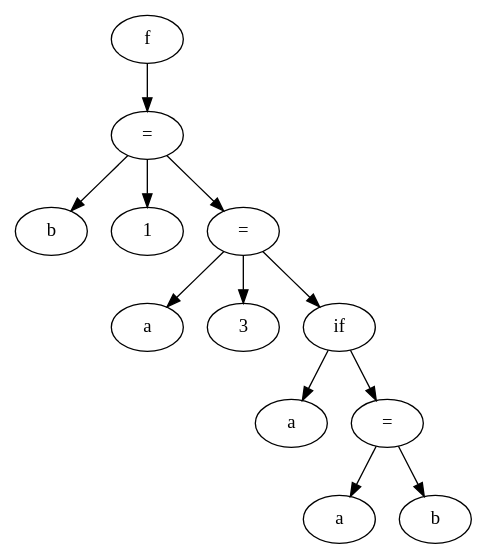
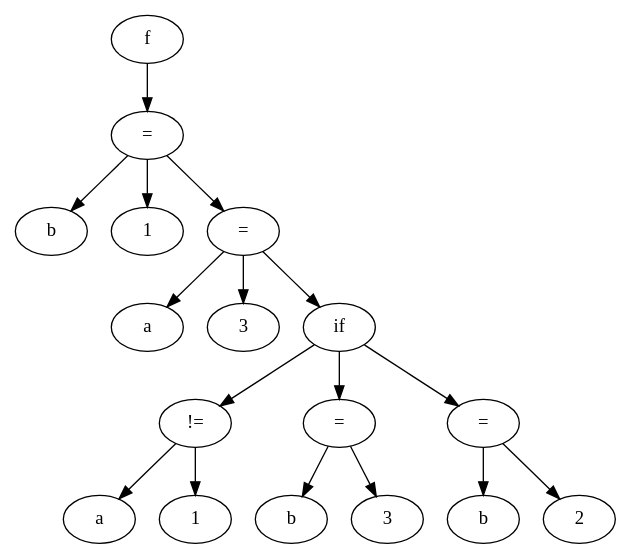
The diagram in etapa5/saida.dot (FelipeSchnitzler/trabalho_compiladores_INF01147), drawn with Graphviz before and after one commit. The commit also changed 37 other files, not shown here.

```diff
--- a/etapa5/saida.dot
+++ b/etapa5/saida.dot
@@ -1,25 +1,35 @@
 digraph grafo {
-  105553132012240 [ label="f" ];
-  105553132012240 -> 105553132012480;
-  105553132012480 [ label="=" ];
-  105553132012480 -> 105553132012528;
-  105553132012528 [ label="b" ];
-  105553132012480 -> 105553132012432;
-  105553132012432 [ label="1" ];
-  105553132012480 -> 105553132012624;
-  105553132012624 [ label="=" ];
-  105553132012624 -> 105553132012672;
-  105553132012672 [ label="a" ];
-  105553132012624 -> 105553132012576;
-  105553132012576 [ label="3" ];
-  105553132012624 -> 105553132012912;
-  105553132012912 [ label="if" ];
-  105553132012912 -> 105553132012720;
-  105553132012720 [ label="a" ];
-  105553132012912 -> 105553132012816;
-  105553132012816 [ label="=" ];
-  105553132012816 -> 105553132012864;
-  105553132012864 [ label="a" ];
-  105553132012816 -> 105553132012768;
-  105553132012768 [ label="b" ];
+  66454544 [ label="f" ];
+  66454544 -> 66456544;
+  66456544 [ label="=" ];
+  66456544 -> 66456624;
+  66456624 [ label="b" ];
+  66456544 -> 66455184;
+  66455184 [ label="1" ];
+  66456544 -> 66457184;
+  66457184 [ label="=" ];
+  66457184 -> 66457264;
+  66457264 [ label="a" ];
+  66457184 -> 66456864;
+  66456864 [ label="3" ];
+  66457184 -> 66459232;
+  66459232 [ label="if" ];
+  66459232 -> 66458080;
+  66458080 [ label="!=" ];
+  66458080 -> 66457408;
+  66457408 [ label="a" ];
+  66458080 -> 66457760;
+  66457760 [ label="1" ];
+  66459232 -> 66459040;
+  66459040 [ label="=" ];
+  66459040 -> 66459120;
+  66459120 [ label="b" ];
+  66459040 -> 66458720;
+  66458720 [ label="3" ];
+  66459232 -> 66460288;
+  66460288 [ label="=" ];
+  66460288 -> 66460368;
+  66460368 [ label="b" ];
+  66460288 -> 66459968;
+  66459968 [ label="2" ];
 }
```
